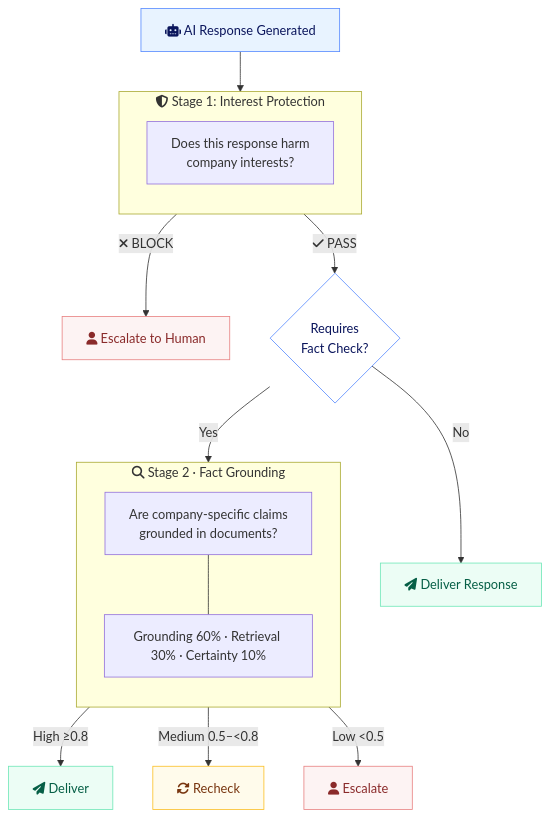
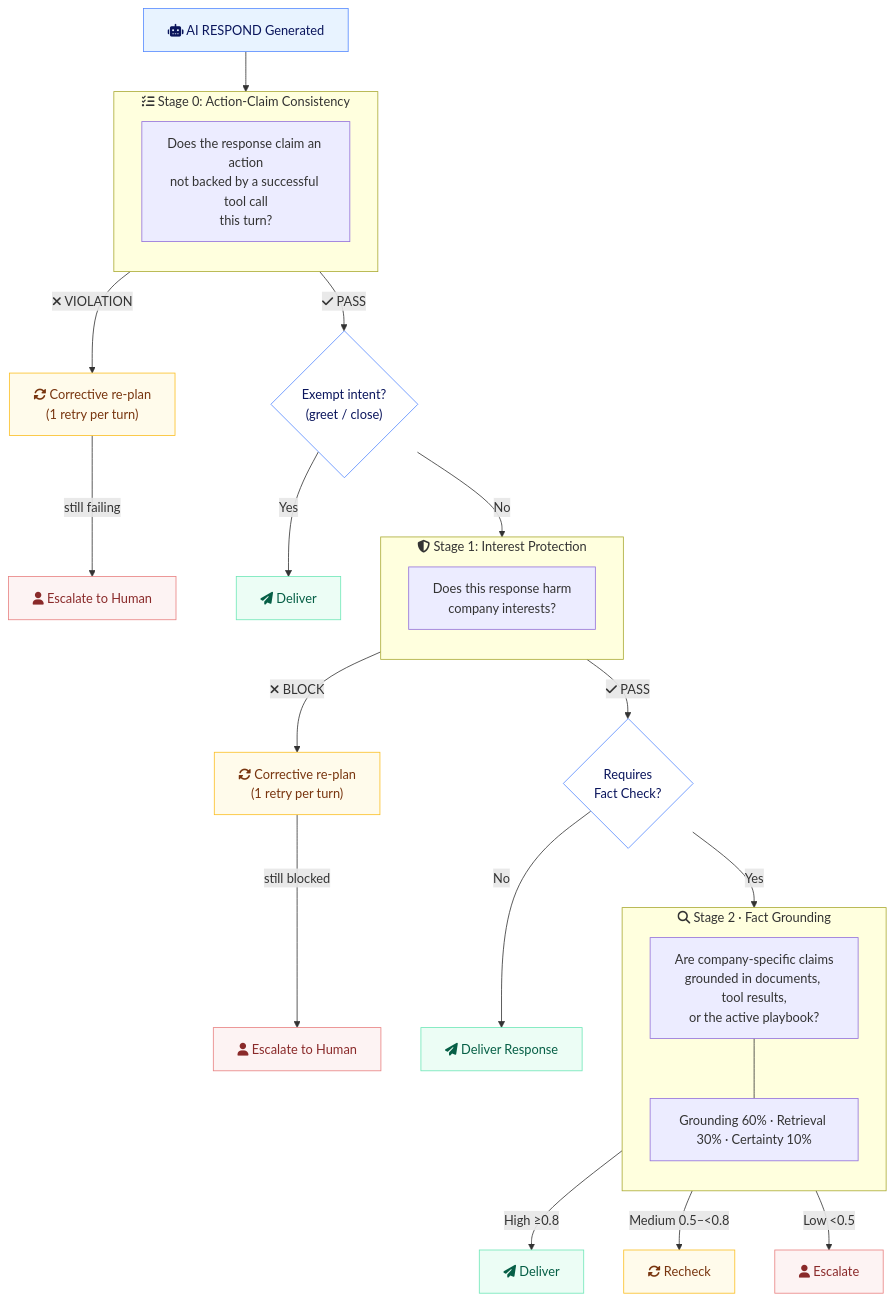
One commit to hay-chat/hay-docs changed the diagram in technical/guardrails.md. Above: the diagram before and after it, drawn with Mermaid. The commit also changed other lines of this file and 10 other files, not shown here.

````diff
--- a/technical/guardrails.md
+++ b/technical/guardrails.md
@@ -18,36 +24,54 @@
 ```mermaid
 flowchart TD
-  A["fa:fa-robot AI Response Generated"]
+  A["fa:fa-robot AI RESPOND Generated"]
 
-  A --> B
+  A --> Z
+
+  subgraph Z["fa:fa-list-check  Stage 0: Action-Claim Consistency"]
+    direction TB
+    Z1["Does the response claim an action<br/>not backed by a successful tool call<br/>this turn?"]
+  end
+
+  Z -->|"fa:fa-xmark VIOLATION"| RETRY0["fa:fa-rotate Corrective re-plan<br/>(1 retry per turn)"]
+  RETRY0 -->|"still failing"| ESC0["fa:fa-user Escalate to Human"]
+  Z -->|"fa:fa-check PASS"| INT{"Exempt intent?<br/>(greet / close)"}
+
+  INT -->|"Yes"| DEL0["fa:fa-paper-plane Deliver"]
+  INT -->|"No"| B
 
   subgraph B["fa:fa-shield-halved  Stage 1: Interest Protection"]
     direction TB
     B1["Does this response harm<br/>company interests?"]
   end
 
-  B -->|"fa:fa-xmark BLOCK"| ESC["fa:fa-user Escalate to Human"]
+  B -->|"fa:fa-xmark BLOCK"| RETRY1["fa:fa-rotate Corrective re-plan<br/>(1 retry per turn)"]
+  RETRY1 -->|"still blocked"| ESC["fa:fa-user Escalate to Human"]
   B -->|"fa:fa-check PASS"| C{"Requires<br/>Fact Check?"}
 
   C -->|"No"| DEL1["fa:fa-paper-plane Deliver Response"]
   C -->|"Yes"| D
 
   subgraph D["fa:fa-magnifying-glass  Stage 2 · Fact Grounding"]
     direction TB
-    D1["Are company-specific claims<br/>grounded in documents?"]
+    D1["Are company-specific claims<br/>grounded in documents, tool results,<br/>or the active playbook?"]
     D2["Grounding 60% · Retrieval 30% · Certainty 10%"]
     D1 --- D2
   end
 
   D -->|"High ≥0.8"| DEL2["fa:fa-paper-plane Deliver"]
   D -->|"Medium 0.5–&lt;0.8"| REC["fa:fa-rotate Recheck"]
   D -->|"Low <0.5"| ESC2["fa:fa-user Escalate"]
 
   style A fill:#e8f3ff,stroke:#568aff,color:#0a155c
+  style ESC0 fill:#fdf3f3,stroke:#e88181,color:#8a2a2a
   style ESC fill:#fdf3f3,stroke:#e88181,color:#8a2a2a
   style ESC2 fill:#fdf3f3,stroke:#e88181,color:#8a2a2a
+  style DEL0 fill:#ecfdf5,stroke:#6ee7b7,color:#065f46
   style DEL1 fill:#ecfdf5,stroke:#6ee7b7,color:#065f46
   style DEL2 fill:#ecfdf5,stroke:#6ee7b7,color:#065f46
+  style RETRY0 fill:#fffbeb,stroke:#fbbf24,color:#78350f
+  style RETRY1 fill:#fffbeb,stroke:#fbbf24,color:#78350f
   style REC fill:#fffbeb,stroke:#fbbf24,color:#78350f
   style C fill:#fff,stroke:#568aff,color:#0a155c
+  style INT fill:#fff,stroke:#568aff,color:#0a155c
 ```
````
